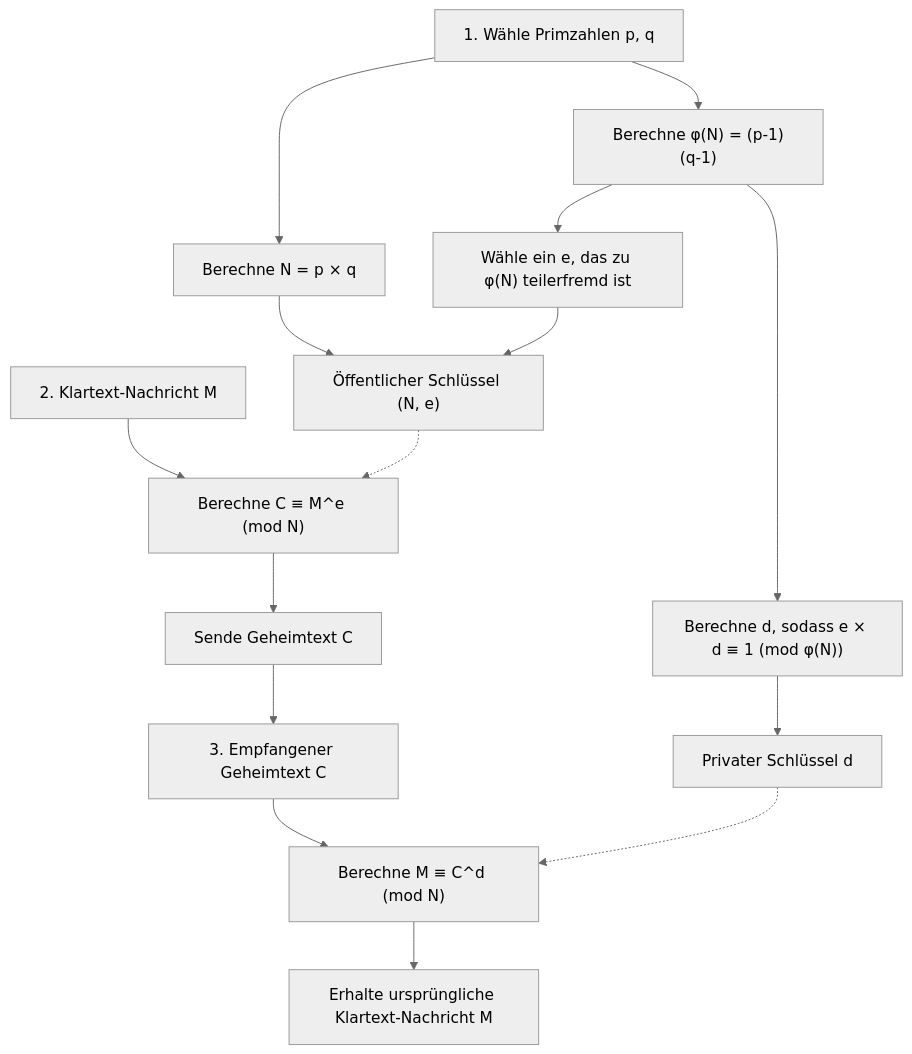
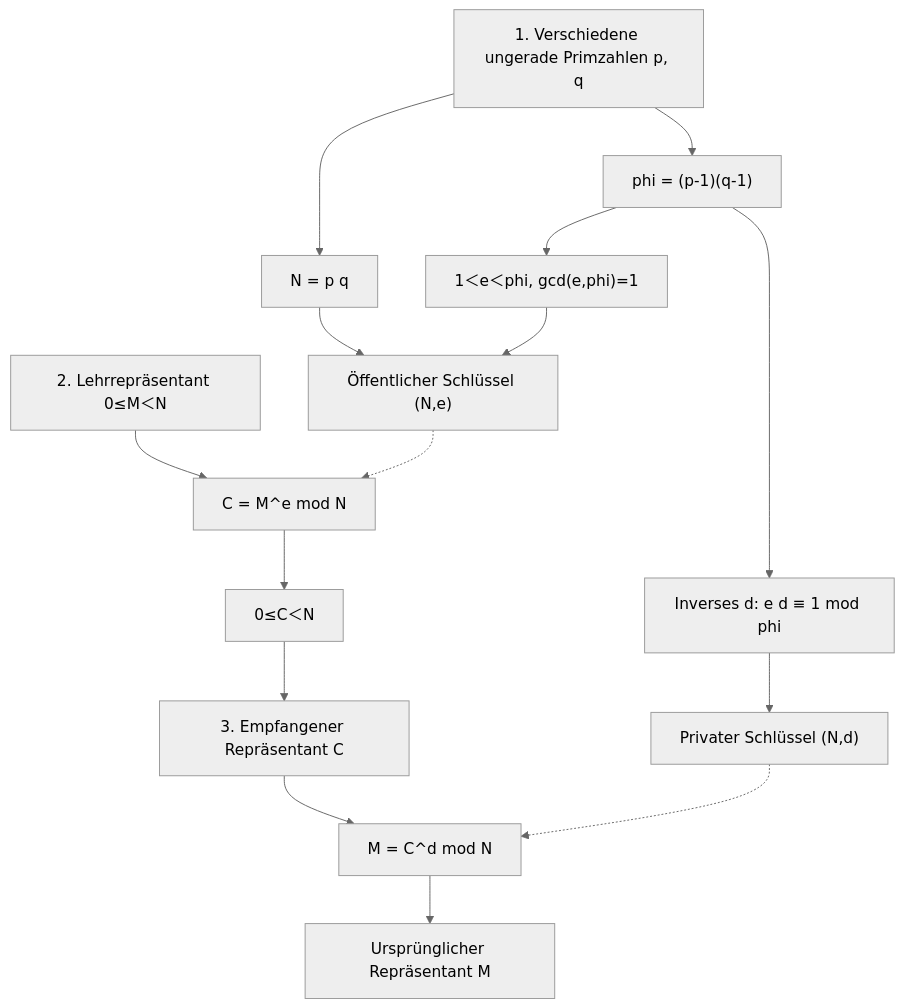
Before and after one commit to kenjinote/blog: the second of 3 diagrams in content/post/rsa暗号の仕組みを高校生でもわかるように説明する/index.de.md, drawn with Mermaid (neutral theme). The commit also changed other lines of this file and 5 other files, not shown here.

````diff
--- a/content/post/rsa暗号の仕組みを高校生でもわかるように説明する/index.de.md
+++ b/content/post/rsa暗号の仕組みを高校生でもわかるように説明する/index.de.md
@@ -164,19 +103,17 @@
 ```mermaid
 flowchart TD
-    A1["1. Wähle Primzahlen p, q"] --> A2["Berechne N = p × q"]
-    A1 --> A3["Berechne φ(N) = (p-1)(q-1)"]
-    A3 --> A4["Wähle ein e, das zu φ(N) teilerfremd ist"]
-    A3 --> A5["Berechne d, sodass e × d ≡ 1 (mod φ(N))"]
-    A2 --> A6["Öffentlicher Schlüssel (N, e)"]
+    A1["1. Verschiedene ungerade Primzahlen p, q"] --> A2["N = p q"]
+    A1 --> A3["phi = (p-1)(q-1)"]
+    A3 --> A4["1＜e＜phi, gcd(e,phi)=1"]
+    A3 --> A5["Inverses d: e d ≡ 1 mod phi"]
+    A2 --> A6["Öffentlicher Schlüssel (N,e)"]
     A4 --> A6
-    A5 --> A7["Privater Schlüssel d"]
-    
-    B1["2. Klartext-Nachricht M"] --> B2["Berechne C ≡ M^e (mod N)"]
+    A5 --> A7["Privater Schlüssel (N,d)"]
+    B1["2. Lehrrepräsentant 0≤M＜N"] --> B2["C = M^e mod N"]
     A6 -.-> B2
-    B2 --> B3["Sende Geheimtext C"]
-    
-    B3 --> C1["3. Empfangener Geheimtext C"]
-    C1 --> C2["Berechne M ≡ C^d (mod N)"]
+    B2 --> B3["0≤C＜N"]
+    B3 --> C1["3. Empfangener Repräsentant C"]
+    C1 --> C2["M = C^d mod N"]
     A7 -.-> C2
-    C2 --> C3["Erhalte ursprüngliche Klartext-Nachricht M"]
+    C2 --> C3["Ursprünglicher Repräsentant M"]
 ```
````
